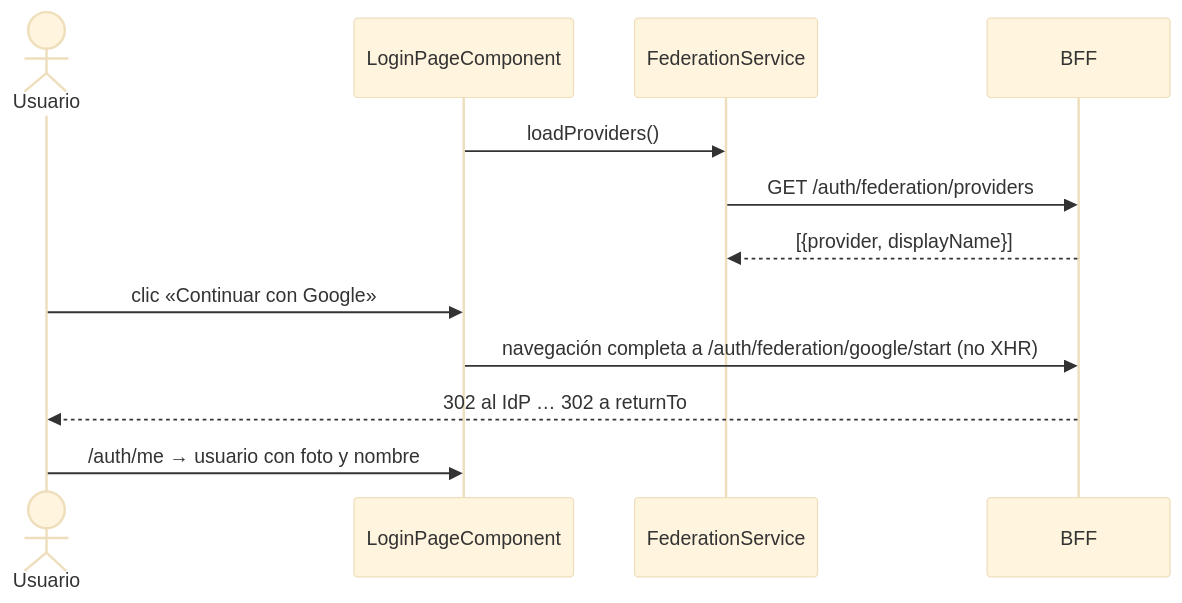
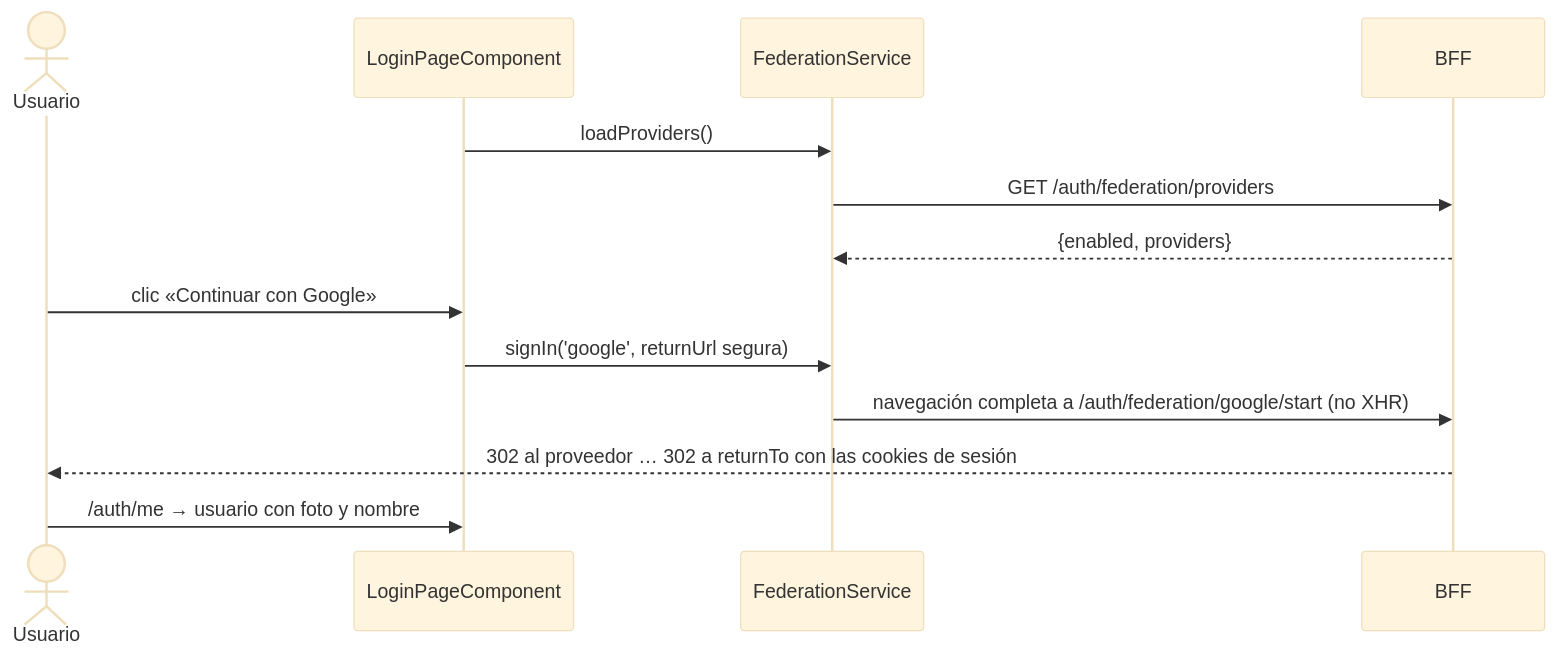
The second of 2 diagrams in docs/technical/social-federation.md (um-dev-creative/iris), drawn with Mermaid (base theme) before and after one commit. The commit also changed other lines of this file and 29 other files, not shown here.

First line of the commit message:
feat(federation): social sign-in (Google, Microsoft, Apple, GitHub, Meta) through backbone

````diff
--- a/docs/technical/social-federation.md
+++ b/docs/technical/social-federation.md
@@ -57,14 +58,15 @@
 ```mermaid
 sequenceDiagram
     actor U as Usuario
     participant L as LoginPageComponent
     participant S as FederationService
     participant F as BFF
     L->>S: loadProviders()
     S->>F: GET /auth/federation/providers
-    F-->>S: [{provider, displayName}]
+    F-->>S: {enabled, providers}
     U->>L: clic «Continuar con Google»
-    L->>F: navegación completa a /auth/federation/google/start (no XHR)
-    F-->>U: 302 al IdP … 302 a returnTo
+    L->>S: signIn('google', returnUrl segura)
+    S->>F: navegación completa a /auth/federation/google/start (no XHR)
+    F-->>U: 302 al proveedor … 302 a returnTo con las cookies de sesión
     U->>L: /auth/me → usuario con foto y nombre
 ```
````
